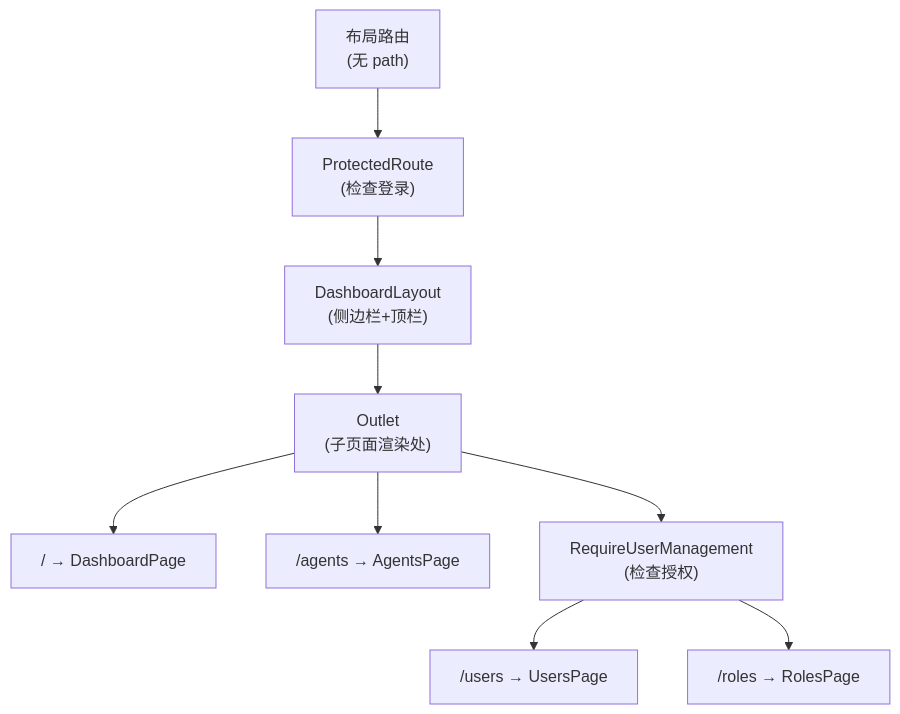
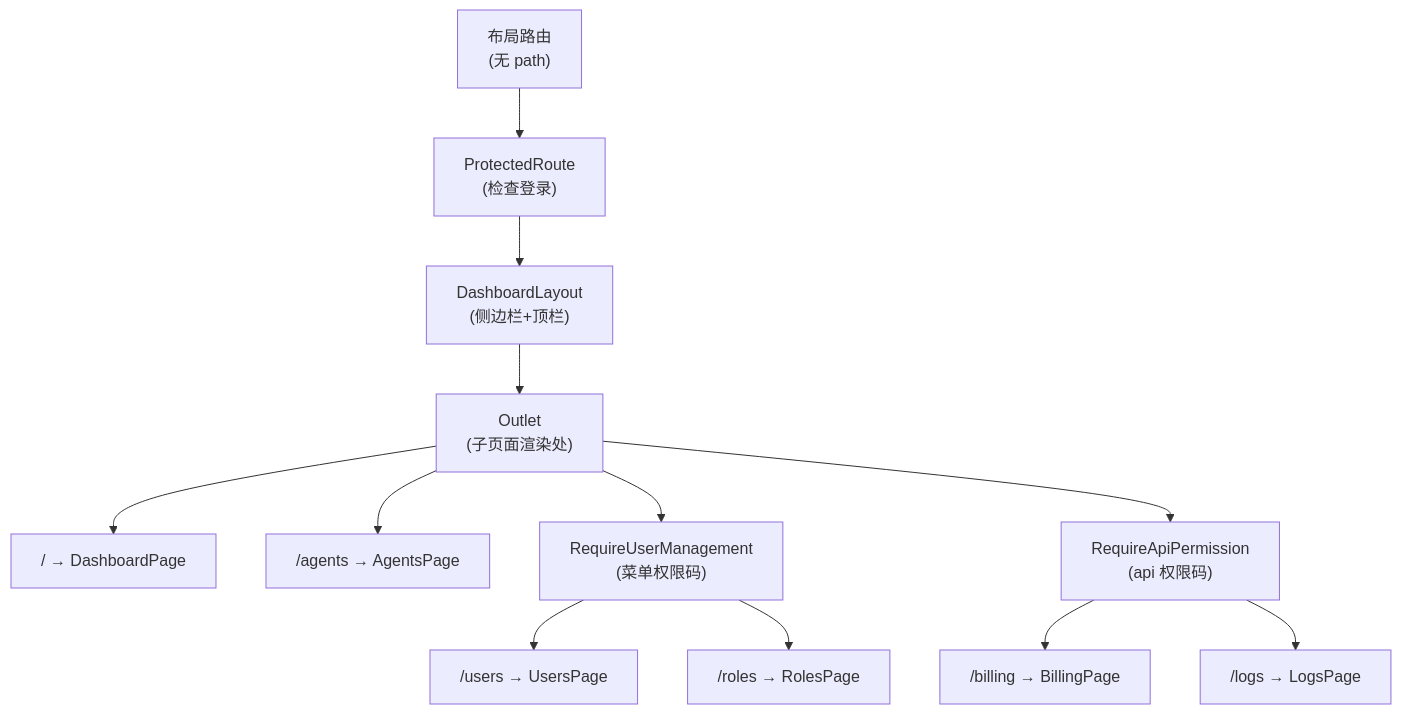
One commit to hugo617/ai-agent-platform changed the third of 4 diagrams in 项目指南/03-前端架构/03-认证与路由守卫.md. Above: the diagram before and after it, drawn with Mermaid. The commit also changed other lines of this file and 2 other files, not shown here.

First line of the commit message:
docs(前端架构): 同步前端深度审查改动 —— meError 守卫/useApiMutation/共享组件/React.lazy

````diff
--- a/项目指南/03-前端架构/03-认证与路由守卫.md
+++ b/项目指南/03-前端架构/03-认证与路由守卫.md
@@ -239,11 +326,14 @@
 ```mermaid
 graph TD
     R["布局路由<br/>(无 path)"] --> PR["ProtectedRoute<br/>(检查登录)"]
     PR --> DL["DashboardLayout<br/>(侧边栏+顶栏)"]
     DL --> OUT["Outlet<br/>(子页面渲染处)"]
     OUT --> D["/ → DashboardPage"]
     OUT --> A["/agents → AgentsPage"]
-    OUT --> RU["RequireUserManagement<br/>(检查授权)"]
+    OUT --> RU["RequireUserManagement<br/>(菜单权限码)"]
     RU --> U["/users → UsersPage"]
     RU --> RO["/roles → RolesPage"]
+    OUT --> RA["RequireApiPermission<br/>(api 权限码)"]
+    RA --> B["/billing → BillingPage"]
+    RA --> L["/logs → LogsPage"]
 ```
````
